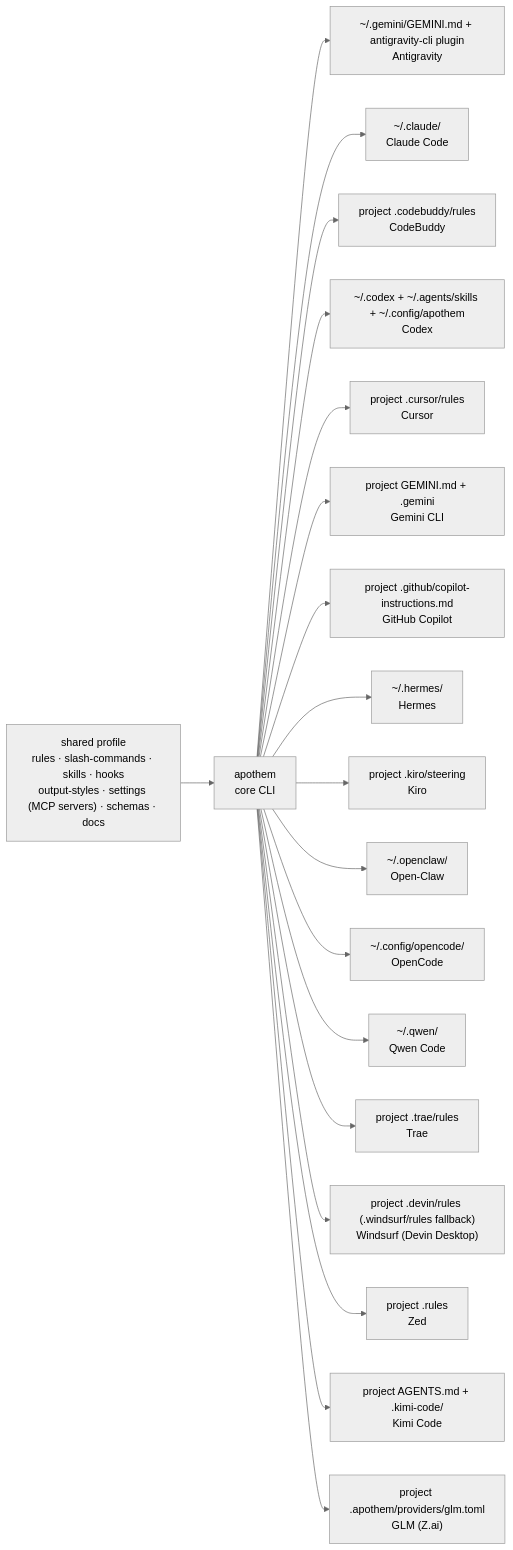
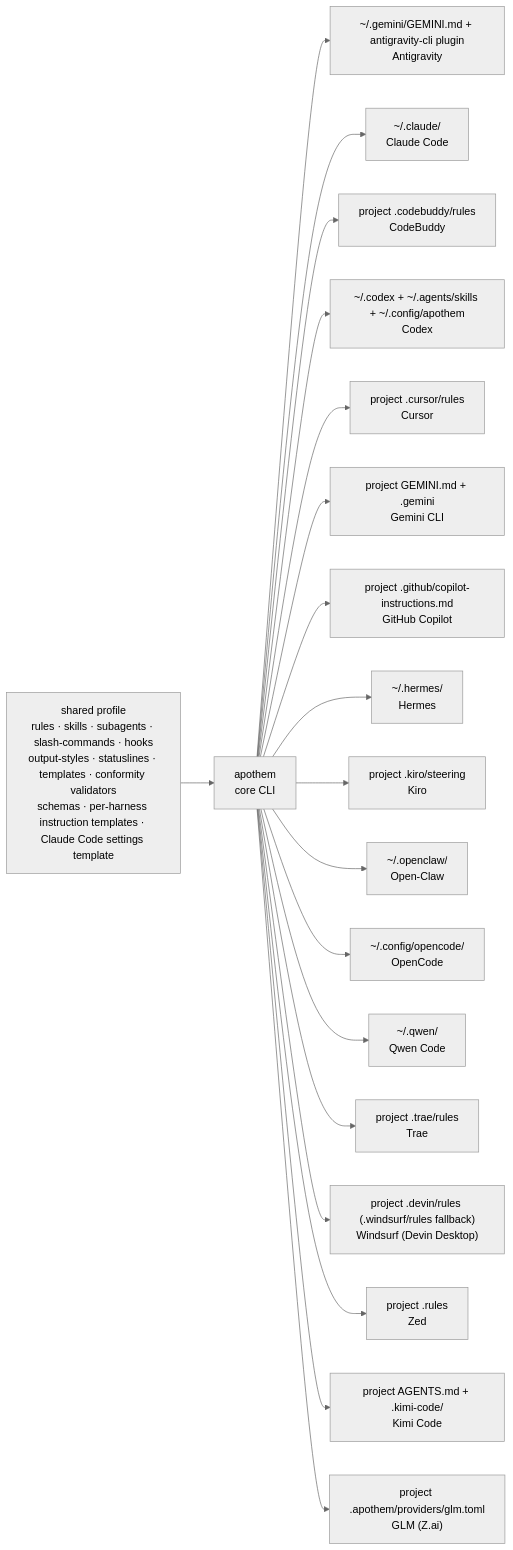
The first of 2 diagrams in README.md (Ahmed-G-Gad/apothem), drawn with Mermaid before and after one commit. The commit also changed other lines of this file and 7 other files, not shown here.

````diff
--- a/README.md
+++ b/README.md
@@ -566,27 +566,27 @@
 ```mermaid
 %%{ init: { "theme": "neutral" } }%%
-%% verified: 2026-08-14 %%
+%% verified: 2026-10-15 %%
 %% provenance: README.md §How it works — apothem's seventeen-harness materialization fan-out %%
 %% cross-reference: src/apothem/lib/harness_registry_data.py (the authoritative adapter registry) %%
 graph LR
-    P["shared profile<br/>rules · slash-commands · skills · hooks<br/>output-styles · settings (MCP servers) · schemas · docs"]
+    P["shared profile<br/>rules · skills · subagents · slash-commands · hooks<br/>output-styles · statuslines · templates · conformity validators<br/>schemas · per-harness instruction templates · Claude Code settings template"]
     A["apothem<br/>core CLI"]
     P --> A
     A --> AG["~/.gemini/GEMINI.md + antigravity-cli plugin<br/>Antigravity"]
     A --> CC["~/.claude/<br/>Claude Code"]
     A --> CB["project .codebuddy/rules<br/>CodeBuddy"]
     A --> CO["~/.codex + ~/.agents/skills + ~/.config/apothem<br/>Codex"]
     A --> CU["project .cursor/rules<br/>Cursor"]
     A --> GE["project GEMINI.md + .gemini<br/>Gemini CLI"]
     A --> GC["project .github/copilot-instructions.md<br/>GitHub Copilot"]
     A --> HE["~/.hermes/<br/>Hermes"]
     A --> KI["project .kiro/steering<br/>Kiro"]
     A --> OW["~/.openclaw/<br/>Open-Claw"]
     A --> OC["~/.config/opencode/<br/>OpenCode"]
     A --> QW["~/.qwen/<br/>Qwen Code"]
     A --> TR["project .trae/rules<br/>Trae"]
     A --> WI["project .devin/rules (.windsurf/rules fallback)<br/>Windsurf (Devin Desktop)"]
     A --> ZE["project .rules<br/>Zed"]
     A --> KM["project AGENTS.md + .kimi-code/<br/>Kimi Code"]
     A --> GL["project .apothem/providers/glm.toml<br/>GLM (Z.ai)"]
 ```
````
